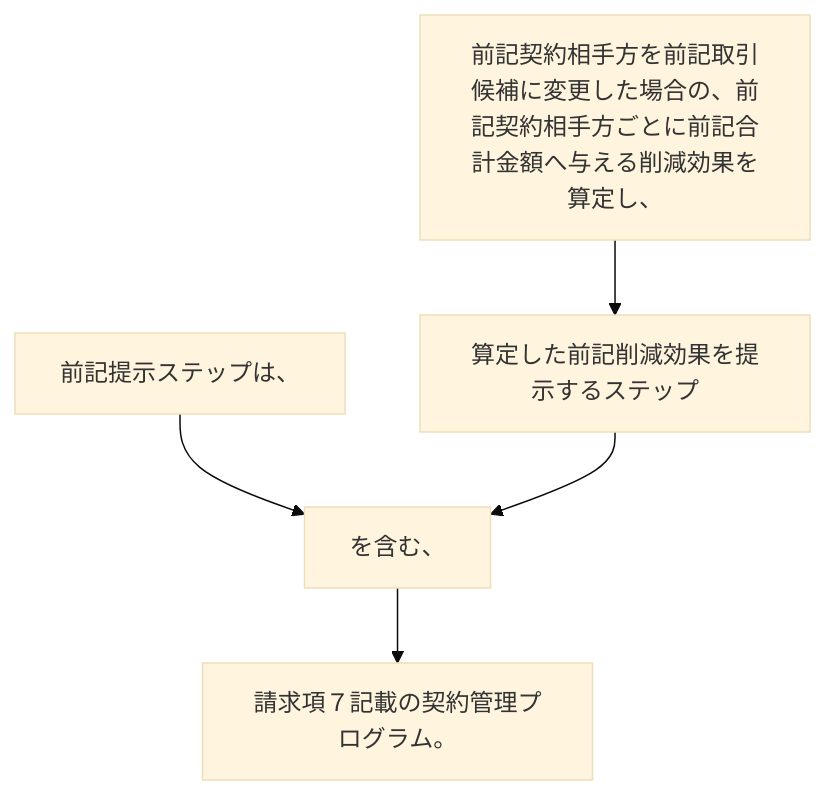
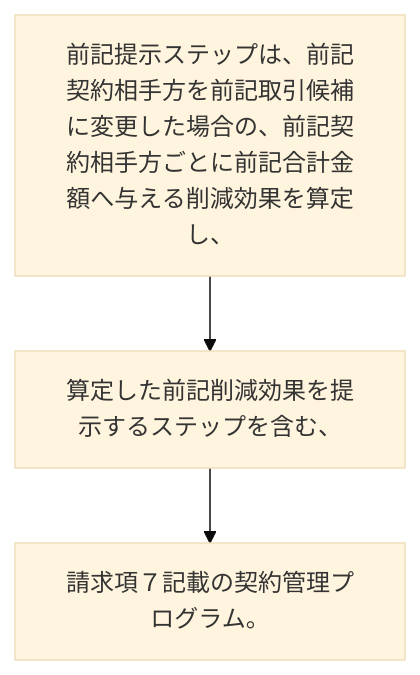
The diagram in 2024/JP2024014095A/claim_9/README.md (shinmori55/patent_analyzed), drawn with Mermaid (base theme) before and after one commit. The commit also changed 27 other files, not shown here.

````diff
--- a/2024/JP2024014095A/claim_9/README.md
+++ b/2024/JP2024014095A/claim_9/README.md
@@ -3,12 +3,8 @@
 ```mermaid
 flowchart TD
-A[前記提示ステップは、]
-B[前記契約相手方を前記取引候補に変更した場合の、前記契約相手方ごとに前記合計金額へ与える削減効果を算定し、]
-C[算定した前記削減効果を提示するステップ]
-D[を含む、]
-E[請求項７記載の契約管理プログラム。]
+A[前記提示ステップは、前記契約相手方を前記取引候補に変更した場合の、前記契約相手方ごとに前記合計金額へ与える削減効果を算定し、]
+B[算定した前記削減効果を提示するステップを含む、]
+C[請求項７記載の契約管理プログラム。]
+A --> B
 B --> C
-A --> D
-C --> D
-D --> E
 ```
````
